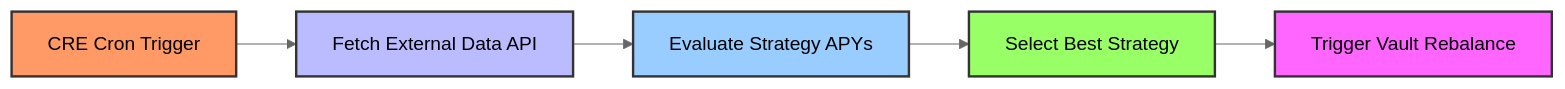
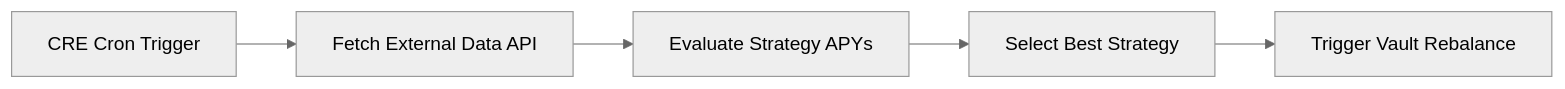
Before and after one commit to SkandhaRoshan/crefi: the second of 2 diagrams in README.md, drawn with Mermaid (neutral theme). The commit also changed other lines of this file, not shown here.

Commit message:
Update README with Mermaid diagrams

````diff
--- a/README.md
+++ b/README.md
@@ -99,13 +95,7 @@
 ```mermaid
 graph LR
     Cron[CRE Cron Trigger] --> Fetch[Fetch External Data API]
     Fetch --> Evaluate[Evaluate Strategy APYs]
     Evaluate --> Select[Select Best Strategy]
     Select --> Trigger[Trigger Vault Rebalance]
-    
-    style Cron fill:#f96,stroke:#333,stroke-width:2px
-    style Fetch fill:#bbf,stroke:#333,stroke-width:2px
-    style Evaluate fill:#9cf,stroke:#333,stroke-width:2px
-    style Select fill:#9f6,stroke:#333,stroke-width:2px
-    style Trigger fill:#f6f,stroke:#333,stroke-width:2px
 ```
````
